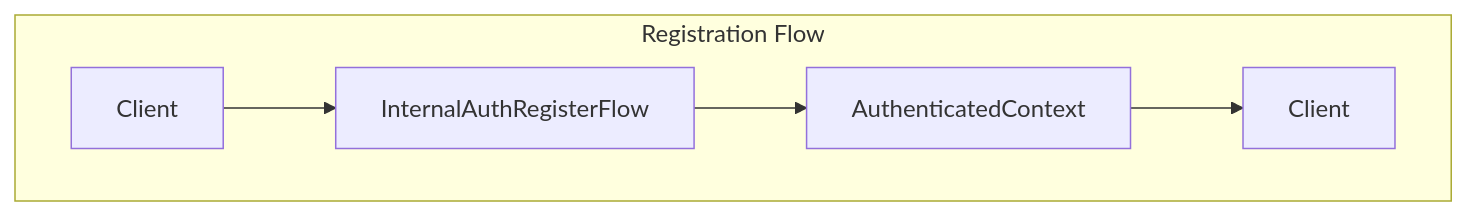
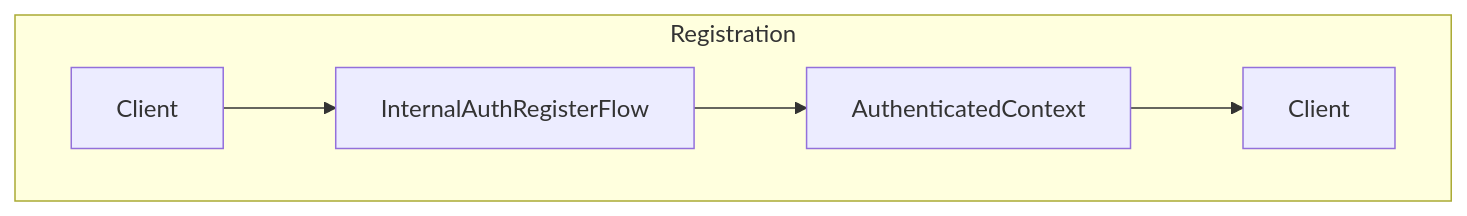
The second of 6 diagrams in src/docs/authflow.md (ahmedelsherif-osama/publisher-erp), drawn with Mermaid before and after one commit. The commit also changed other lines of this file and 1 other file, not shown here.

Commit message:
docs: simplify auth and order flow diagrams by removing "Flow" from graph titles

````diff
--- a/src/docs/authflow.md
+++ b/src/docs/authflow.md
@@ -16,8 +16,8 @@
      ```mermaid
    graph TD;
-    subgraph "Registration Flow"
+    subgraph "Registration"
         A[Client] --> B[InternalAuthRegisterFlow]
         B --> C[AuthenticatedContext]
         C --> D[Client]
     end
     ```
````
